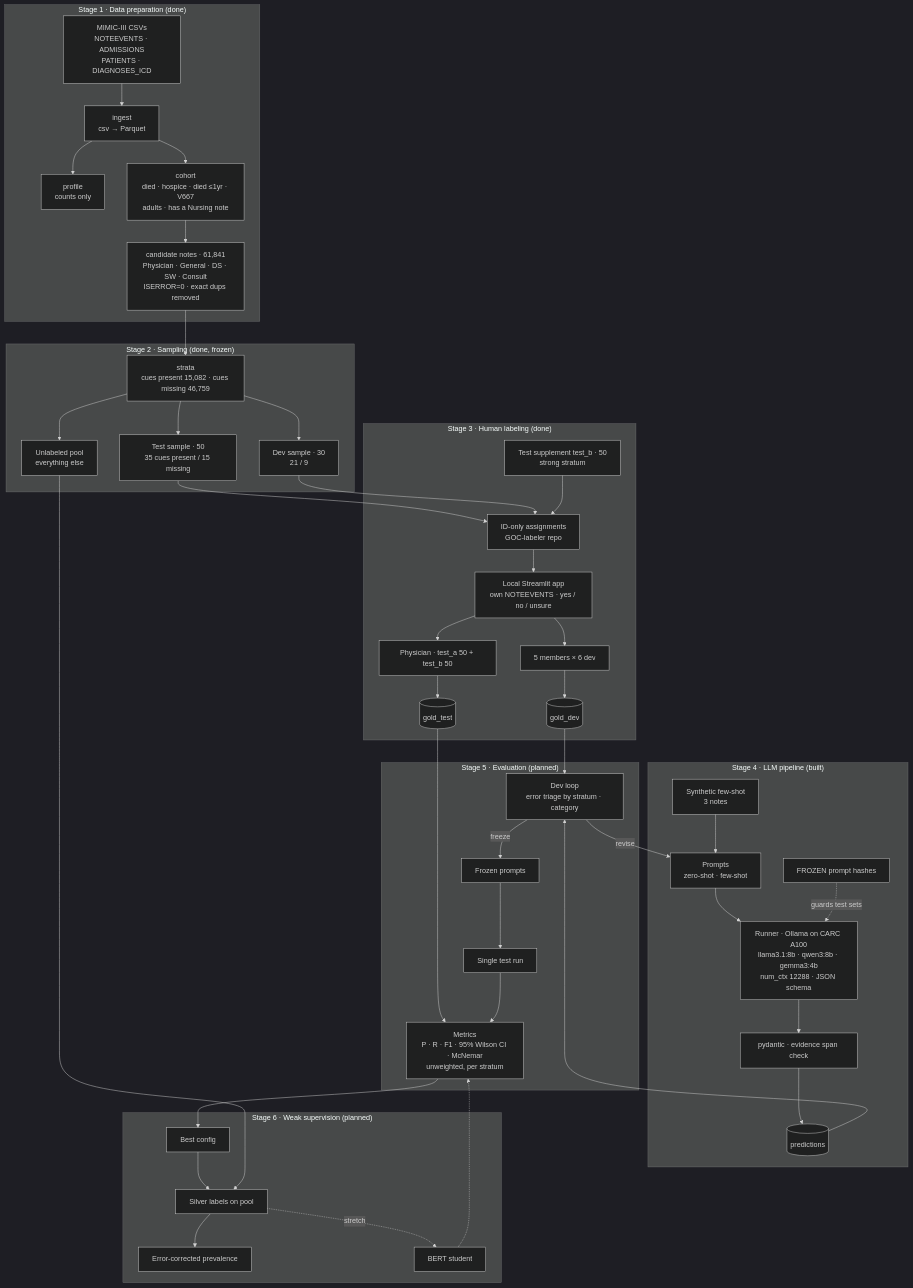
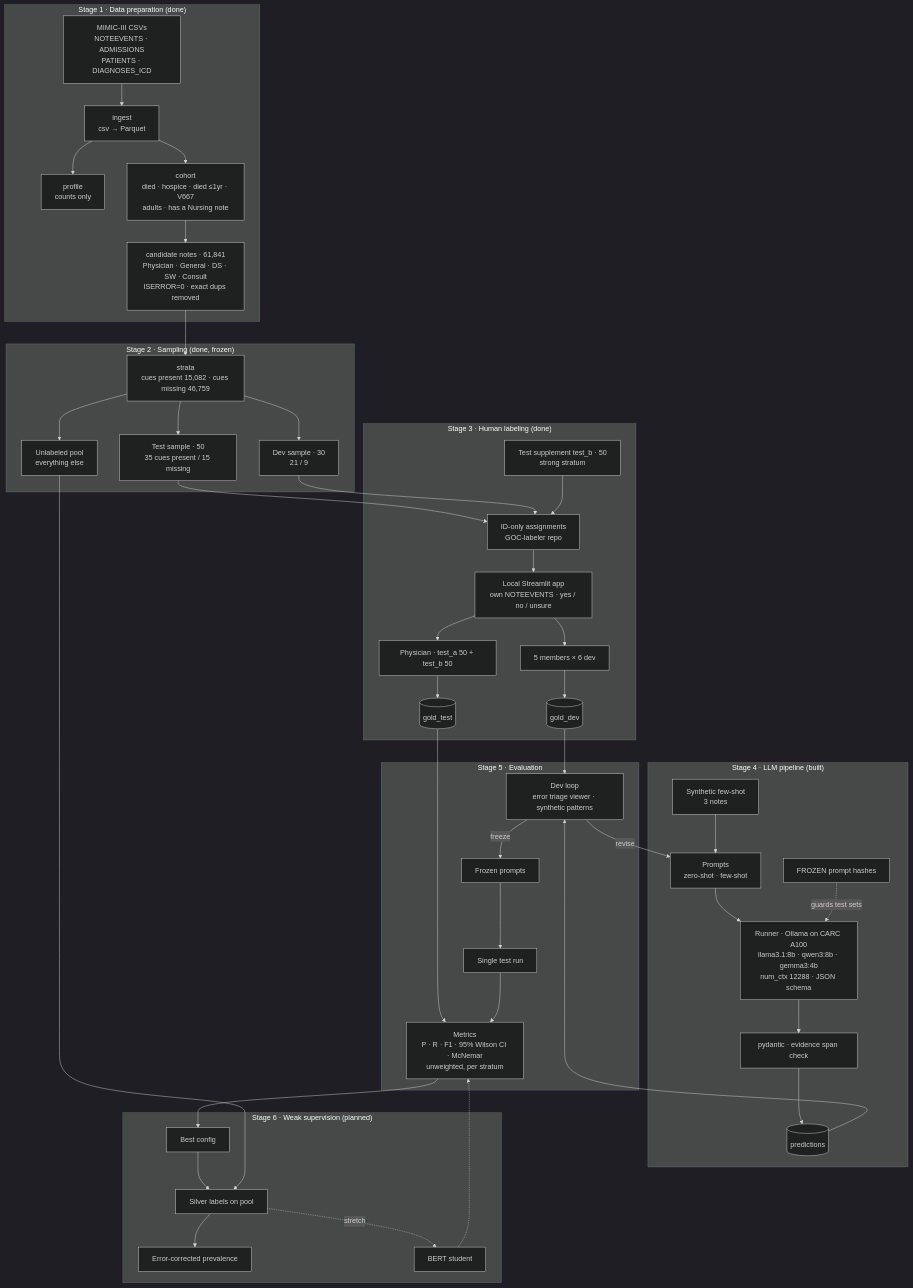
Before and after one commit to dennisdang5/GOC-pilot: the diagram in ARCHITECTURE.md, drawn with Mermaid (dark theme). The commit also changed other lines of this file and 4 other files, not shown here.

First line of the commit message:
Add local dev error triage viewer and synthetic-note format check

````diff
--- a/ARCHITECTURE.md
+++ b/ARCHITECTURE.md
@@ -8,52 +8,52 @@
 ```mermaid
 flowchart TD
     subgraph DATA["Stage 1 · Data preparation (done)"]
         RAW[MIMIC-III CSVs<br/>NOTEEVENTS · ADMISSIONS<br/>PATIENTS · DIAGNOSES_ICD] --> ING[ingest<br/>csv → Parquet]
         ING --> PROF[profile<br/>counts only]
         ING --> COH[cohort<br/>died · hospice · died ≤1yr · V667<br/>adults · has a Nursing note]
         COH --> CAND[candidate notes · 61,841<br/>Physician · General · DS · SW · Consult<br/>ISERROR=0 · exact dups removed]
     end
 
     subgraph SAMPLE["Stage 2 · Sampling (done, frozen)"]
         CAND --> STRAT[strata<br/>cues present 15,082 · cues missing 46,759]
         STRAT --> TEST[Test sample · 50<br/>35 cues present / 15 missing]
         STRAT --> DEV[Dev sample · 30<br/>21 / 9]
         STRAT --> POOL[Unlabeled pool<br/>everything else]
     end
 
     subgraph GOLD["Stage 3 · Human labeling (done)"]
         TEST --> ASSIGN[ID-only assignments<br/>GOC-labeler repo]
         DEV --> ASSIGN
         TESTB[Test supplement test_b · 50<br/>strong stratum] --> ASSIGN
         ASSIGN --> APP[Local Streamlit app<br/>own NOTEEVENTS · yes / no / unsure]
         APP --> PHYS[Physician · test_a 50 + test_b 50] --> GT[(gold_test)]
         APP --> MEM[5 members × 6 dev] --> GD[(gold_dev)]
     end
 
     subgraph LLM["Stage 4 · LLM pipeline (built)"]
         SYN[Synthetic few-shot<br/>3 notes] --> PROMPT[Prompts<br/>zero-shot · few-shot]
         PROMPT --> RUN[Runner · Ollama on CARC A100<br/>llama3.1:8b · qwen3:8b · gemma3:4b<br/>num_ctx 12288 · JSON schema]
         RUN --> VAL[pydantic · evidence span check]
         VAL --> PRED[(predictions)]
         FREEZE[FROZEN prompt hashes] -.guards test sets.-> RUN
     end
 
-    subgraph EVAL["Stage 5 · Evaluation (planned)"]
-        GD --> TUNE[Dev loop<br/>error triage by stratum · category]
+    subgraph EVAL["Stage 5 · Evaluation"]
+        GD --> TUNE[Dev loop<br/>error triage viewer · synthetic patterns]
         PRED --> TUNE
         TUNE -->|revise| PROMPT
         TUNE -->|freeze| FROZEN[Frozen prompts]
         FROZEN --> ONCE[Single test run]
         GT --> METRICS[Metrics<br/>P · R · F1 · 95% Wilson CI · McNemar<br/>unweighted, per stratum]
         ONCE --> METRICS
     end
 
     subgraph WEAK["Stage 6 · Weak supervision (planned)"]
         METRICS --> BEST[Best config]
         BEST --> SILVER[Silver labels on pool]
         POOL --> SILVER
         SILVER --> EST[Error-corrected prevalence]
         SILVER -.stretch.-> BERT[BERT student]
         BERT -.-> METRICS
     end
 ```
````
